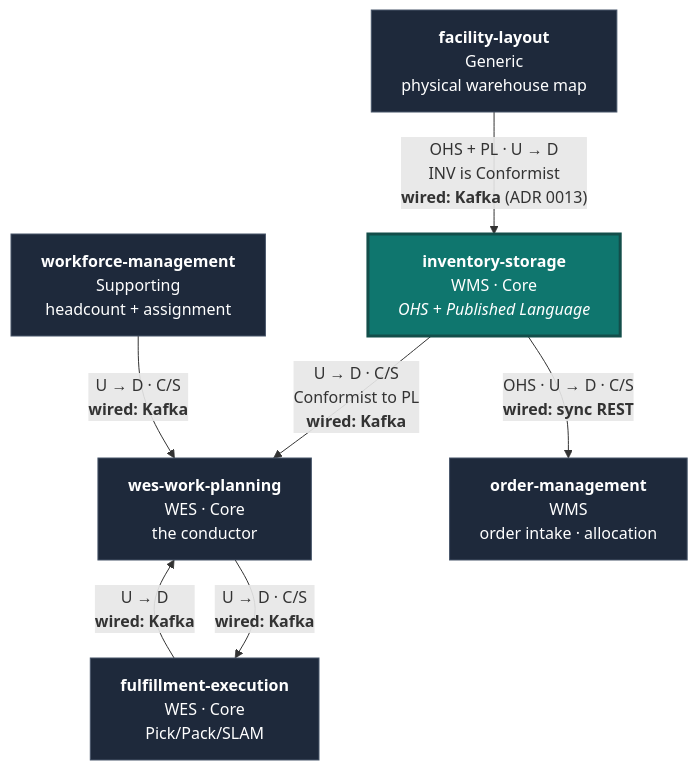
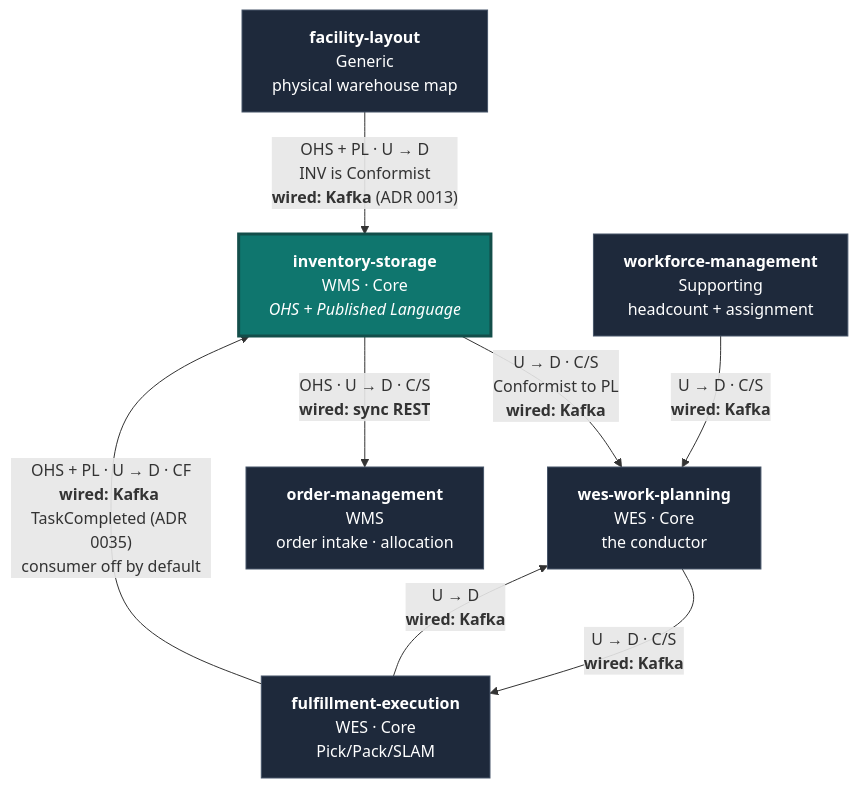
The diagram in docs/docs/ddd/context-relationships.md (IQVO/inventory-storage), drawn with Mermaid before and after one commit. The commit also changed other lines of this file and 42 other files, not shown here.

First line of the commit message:
feat: confirm an order's picked reservations on its LAST pick from TaskCompleted (audit decisions 17, 17a) (#155)

````diff
--- a/docs/docs/ddd/context-relationships.md
+++ b/docs/docs/ddd/context-relationships.md
@@ -52,22 +52,23 @@
 ```mermaid
 flowchart TB
     INV["<b>inventory-storage</b><br/>WMS · Core<br/><i>OHS + Published Language</i>"]
     WP["<b>wes-work-planning</b><br/>WES · Core<br/>the conductor"]
     FE["<b>fulfillment-execution</b><br/>WES · Core<br/>Pick/Pack/SLAM"]
     WM["<b>workforce-management</b><br/>Supporting<br/>headcount + assignment"]
     FL["<b>facility-layout</b><br/>Generic<br/>physical warehouse map"]
     OM["<b>order-management</b><br/>WMS<br/>order intake · allocation"]
 
     INV -->|"U → D · C/S<br/>Conformist to PL<br/><b>wired: Kafka</b>"| WP
     WM -->|"U → D · C/S<br/><b>wired: Kafka</b>"| WP
     WP -->|"U → D · C/S<br/><b>wired: Kafka</b>"| FE
     FE -->|"U → D<br/><b>wired: Kafka</b>"| WP
     FL -->|"OHS + PL · U → D<br/>INV is Conformist<br/><b>wired: Kafka</b> (ADR 0013)"| INV
     INV -->|"OHS · U → D · C/S<br/><b>wired: sync REST</b>"| OM
+    FE -->|"OHS + PL · U → D · CF<br/><b>wired: Kafka</b> TaskCompleted (ADR 0035)<br/>consumer off by default"| INV
 
     classDef this fill:#0f766e,stroke:#134e4a,color:#fff,stroke-width:3px;
     classDef other fill:#1e293b,stroke:#475569,color:#fff;
     classDef future fill:#475569,stroke:#94a3b8,color:#e2e8f0,stroke-dasharray: 5 5;
     class INV this;
     class WP,FE,WM,OM,FL other;
 ```
````
